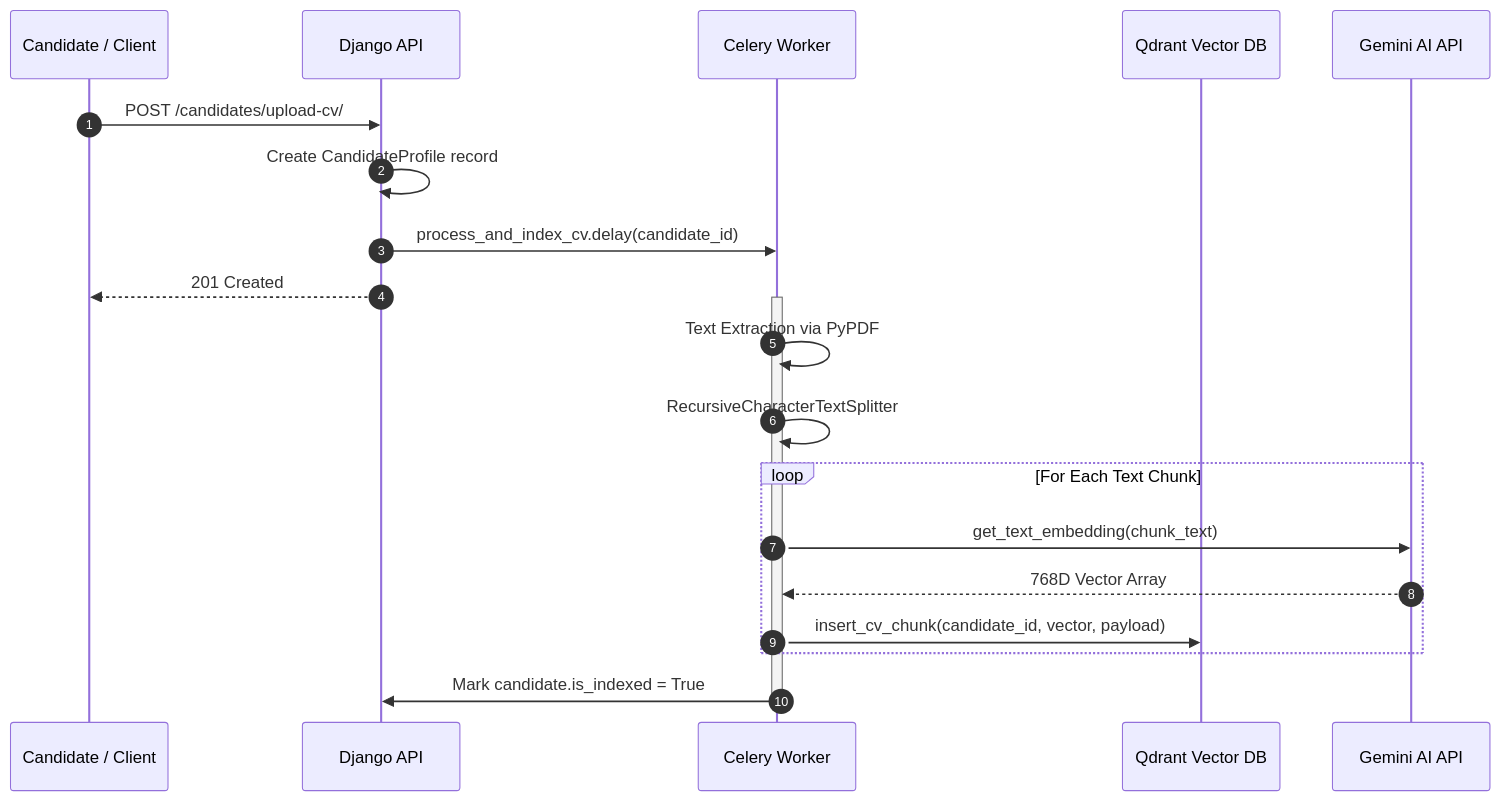
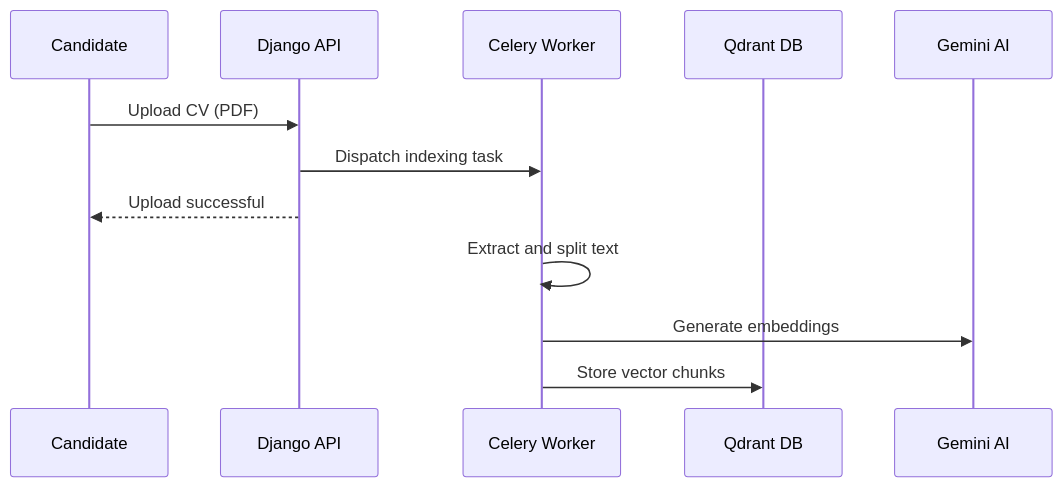
One commit to ForisGrancj/Ai-Recruiter changed the second of 3 diagrams in README.md. Above: the diagram before and after it, drawn with Mermaid. The commit also changed other lines of this file, not shown here.

Commit message:
docs: simplify Mermaid diagrams in README.md

````diff
--- a/README.md
+++ b/README.md
@@ -57,25 +37,15 @@
 ```mermaid
 sequenceDiagram
-    autonumber
-    participant Candidate as Candidate / Client
+    participant User as Candidate
     participant API as Django API
     participant Celery as Celery Worker
-    participant Qdrant as Qdrant Vector DB
-    participant Gemini as Gemini AI API
+    participant Qdrant as Qdrant DB
+    participant Gemini as Gemini AI
 
-    Candidate->>API: POST /candidates/upload-cv/
-    API->>API: Create CandidateProfile record
-    API->>Celery: process_and_index_cv.delay(candidate_id)
-    API-->>Candidate: 201 Created
-    
-    activate Celery
-    Celery->>Celery: Text Extraction via PyPDF
-    Celery->>Celery: RecursiveCharacterTextSplitter
-    loop For Each Text Chunk
-        Celery->>Gemini: get_text_embedding(chunk_text)
-        Gemini-->>Celery: 768D Vector Array
-        Celery->>Qdrant: insert_cv_chunk(candidate_id, vector, payload)
-    end
-    Celery->>API: Mark candidate.is_indexed = True
-    deactivate Celery
+    User->>API: Upload CV (PDF)
+    API->>Celery: Dispatch indexing task
+    API-->>User: Upload successful
+    Celery->>Celery: Extract and split text
+    Celery->>Gemini: Generate embeddings
+    Celery->>Qdrant: Store vector chunks
 ```
````
